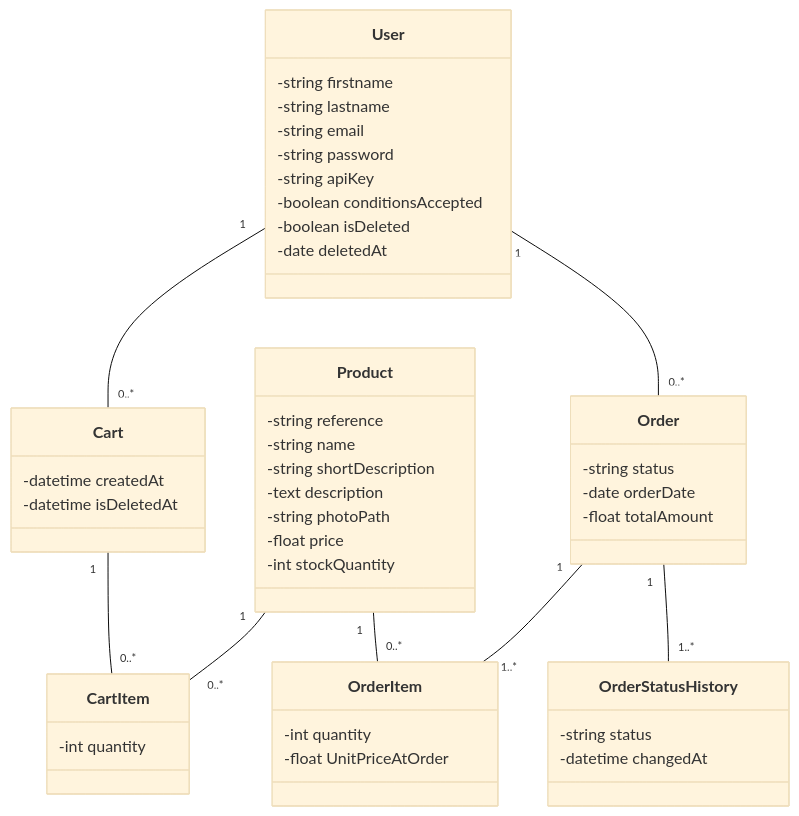
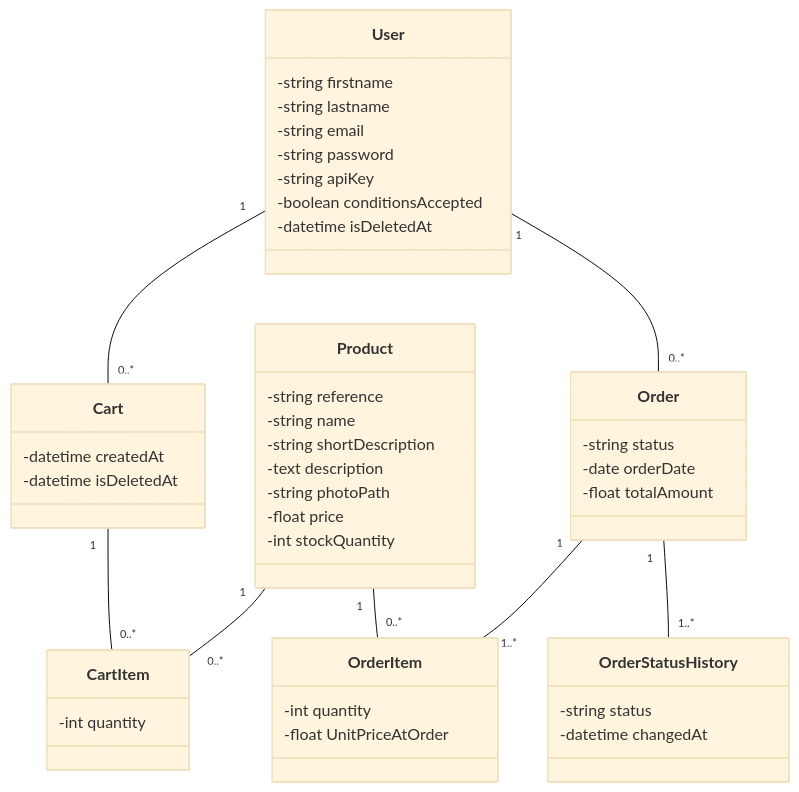
Before and after one commit to Squarenoize/ForgeChene: the diagram in diagrammeDeClasse.mmd, drawn with Mermaid (base theme). The commit also changed 13 other files, not shown here.

```diff
--- a/diagrammeDeClasse.mmd
+++ b/diagrammeDeClasse.mmd
@@ -1,57 +1,56 @@
 classDiagram
     
     class User {
         -string firstname
         -string lastname
         -string email
         -string password
         -string apiKey
         -boolean conditionsAccepted
-        -boolean isDeleted
-        -date deletedAt
+        -datetime isDeletedAt
     }
     
     class Product {
         -string reference
         -string name
         -string shortDescription
         -text description
         -string photoPath
         -float price
         -int stockQuantity
     }
     
     class Cart {
         -datetime createdAt
         -datetime isDeletedAt
     }
     
     class CartItem {
         -int quantity
     }
     
     class Order {
         -string status
         -date orderDate
         -float totalAmount
     }
     
     class OrderItem {
         -int quantity
         -float UnitPriceAtOrder
     }
 
     class OrderStatusHistory {
         -string status
         -datetime changedAt
     }
     
     %% Relations entre classes (avec cardinalités)
 
     User "1" -- "0..*" Cart
     User "1" -- "0..*" Order
     Cart "1" -- "0..*" CartItem
     Product "1" -- "0..*" CartItem
     Product "1" -- "0..*" OrderItem
     Order "1" -- "1..*" OrderItem
     Order "1" -- "1..*" OrderStatusHistory
```
